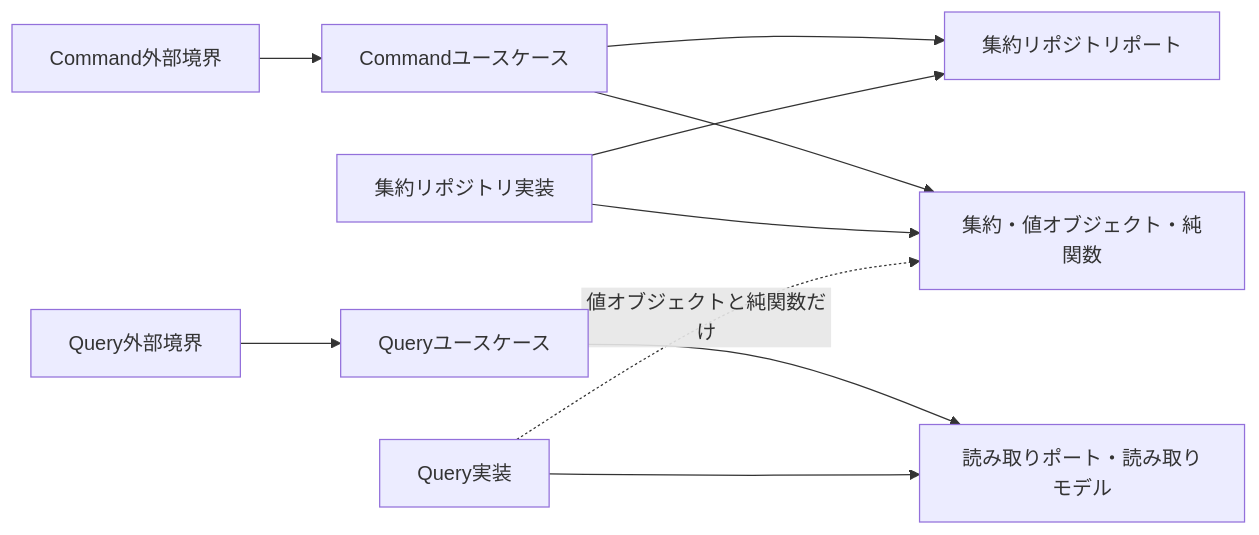
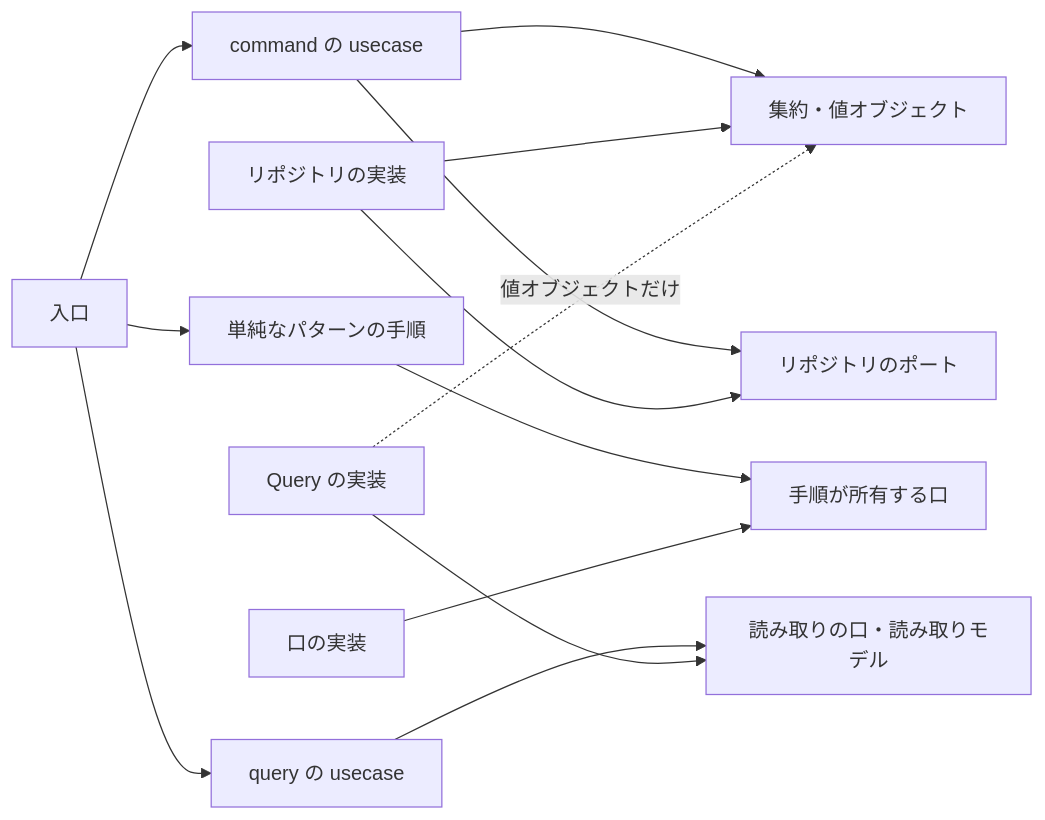
The diagram in plugins/development-convention/skills/apply-layer-convention/references/layer-and-consistency.md (nakamori-naoya/development-convention-plugins), drawn with Mermaid before and after one commit. The commit also changed other lines of this file and 14 other files, not shown here.

````diff
--- a/plugins/development-convention/skills/apply-layer-convention/references/layer-and-consistency.md
+++ b/plugins/development-convention/skills/apply-layer-convention/references/layer-and-consistency.md
@@ -7,12 +17,15 @@
 ```mermaid
 flowchart LR
-    CB[Command外部境界] --> CU[Commandユースケース]
-    CU --> D[集約・値オブジェクト・純関数]
-    CU --> RP[集約リポジトリポート]
-    RI[集約リポジトリ実装] --> RP
+    E[入口] --> CU[command の usecase]
+    E --> PU[単純なパターンの手順]
+    E --> QU[query の usecase]
+    CU --> D[集約・値オブジェクト]
+    CU --> RP[リポジトリのポート]
+    RI[リポジトリの実装] --> RP
     RI --> D
-    QB[Query外部境界] --> QU[Queryユースケース]
-    QU --> QP[読み取りポート・読み取りモデル]
-    QI[Query実装] --> QP
-    QI -. 値オブジェクトと純関数だけ .-> D
+    PU --> PP[手順が所有する口]
+    PI[口の実装] --> PP
+    QU --> QP[読み取りの口・読み取りモデル]
+    QI[Query の実装] --> QP
+    QI -. 値オブジェクトだけ .-> D
 ```
````
